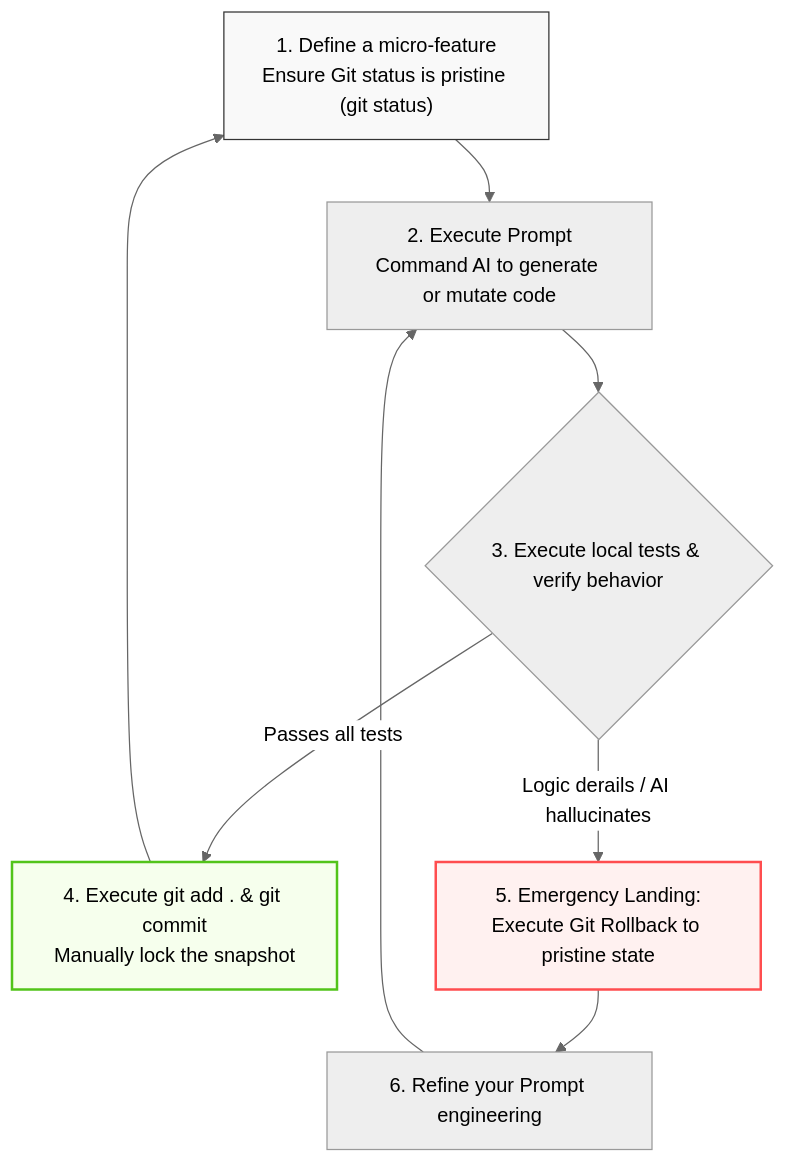
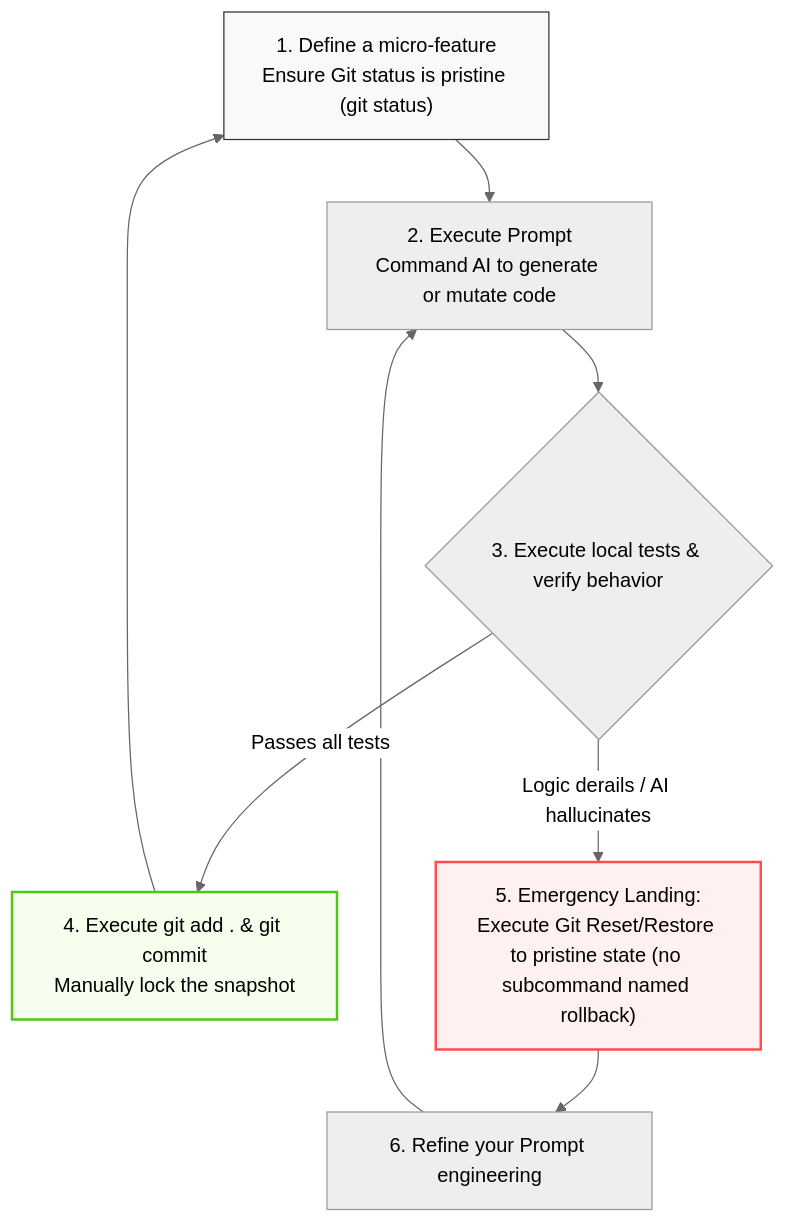
The second of 2 diagrams in i18n/en/docusaurus-plugin-content-docs/current/git_basics.md (ruanqizhen/cocode), drawn with Mermaid (neutral theme) before and after one commit. The commit also changed other lines of this file and 29 other files, not shown here.

````diff
--- a/i18n/en/docusaurus-plugin-content-docs/current/git_basics.md
+++ b/i18n/en/docusaurus-plugin-content-docs/current/git_basics.md
@@ -161,16 +161,16 @@
 ```mermaid
 graph TD
     Start["1. Define a micro-feature<br>Ensure Git status is pristine (git status)"] --> Code["2. Execute Prompt<br>Command AI to generate or mutate code"]
     Code --> Test{"3. Execute local tests & verify behavior"}
     
     Test -- "Passes all tests" --> Commit["4. Execute git add . & git commit<br>Manually lock the snapshot"]
     Commit --> Start
     
-    Test -- "Logic derails / AI hallucinates" --> Rollback["5. Emergency Landing:<br>Execute Git Rollback to pristine state"]
+    Test -- "Logic derails / AI hallucinates" --> Rollback["5. Emergency Landing:<br>Execute Git Reset/Restore to pristine state (no subcommand named rollback)"]
     Rollback --> Refine["6. Refine your Prompt engineering"]
     Refine --> Code
 
     style Start fill:#f9f9f9,stroke:#333
     style Commit fill:#f6ffed,stroke:#52c41a,stroke-width:2px
     style Rollback fill:#fff1f0,stroke:#ff4d4f,stroke-width:2px
 ```
````
